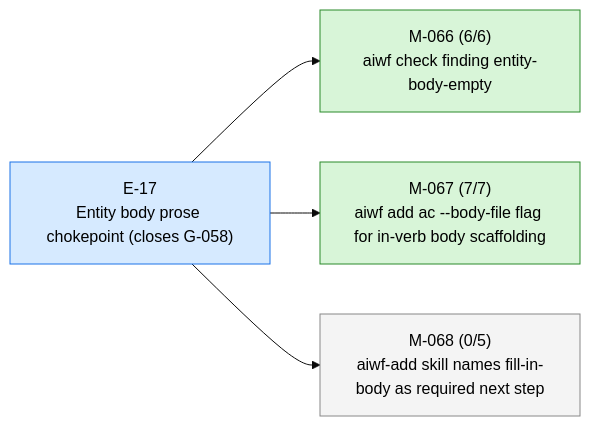
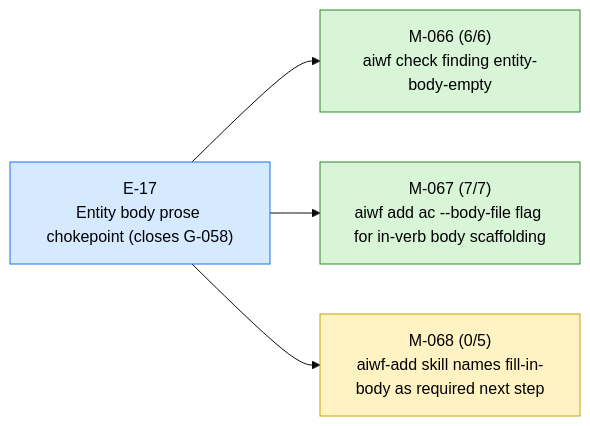
Before and after one commit to 23min/aiwf: the first of 4 diagrams in STATUS.md, drawn with Mermaid (base theme). The commit also changed other lines of this file and 1 other file, not shown here.

First line of the commit message:
aiwf promote M-068 draft -> in_progress

````diff
--- a/STATUS.md
+++ b/STATUS.md
@@ -13,16 +13,16 @@
 ```mermaid
 flowchart LR
   E_17["E-17<br/>Entity body prose chokepoint (closes G-058)"]:::epic_active
   M_066["M-066 (6/6)<br/>aiwf check finding entity-body-empty"]:::ms_done
   E_17 --> M_066
   M_067["M-067 (7/7)<br/>aiwf add ac --body-file flag for in-verb body scaffolding"]:::ms_done
   E_17 --> M_067
-  M_068["M-068 (0/5)<br/>aiwf-add skill names fill-in-body as required next step"]:::ms_draft
+  M_068["M-068 (0/5)<br/>aiwf-add skill names fill-in-body as required next step"]:::ms_in_progress
   E_17 --> M_068
   classDef epic_active fill:#d6eaff,stroke:#1a73e8,color:#000
   classDef epic_proposed fill:#f4f4f4,stroke:#888,color:#000
   classDef ms_done fill:#d8f5d8,stroke:#2a8a2a,color:#000
   classDef ms_in_progress fill:#fff3c4,stroke:#caa400,color:#000
   classDef ms_draft fill:#f4f4f4,stroke:#888,color:#000
   classDef ms_cancelled fill:#fbeaea,stroke:#c33,color:#000
 ```
````
